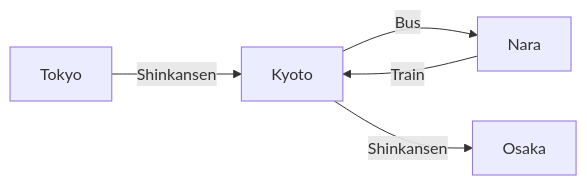
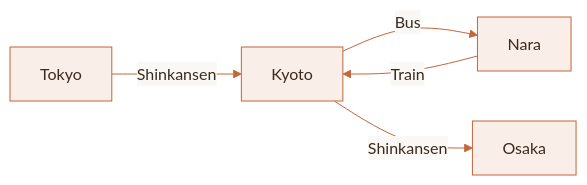
The first of 2 diagrams in 000-trips/style-reference/index.qmd (maxdrohde/travel-blog), drawn with Mermaid before and after one commit. The commit also changed 1 other file, not shown here.

Commit message:
Style mermaid diagrams with site orange + fix comparison slider cropping
- Add orange-themed mermaid config with IBM Plex Sans font
- Add dark mode CSS overrides for mermaid nodes, edges, and labels
- Fix img-comparison-slider images cropping on mobile (object-fit: contain)

````diff
--- a/000-trips/style-reference/index.qmd
+++ b/000-trips/style-reference/index.qmd
@@ -826,7 +826,9 @@
 ```{mermaid}
+%%| fig-width: 5
+%%{init: {'theme': 'base', 'themeVariables': {'primaryColor': '#faeee8', 'primaryBorderColor': '#c4653a', 'primaryTextColor': '#3a2a1f', 'lineColor': '#c4653a', 'edgeLabelBackground': '#faf8f5', 'fontFamily': 'IBM Plex Sans'}}}%%
 graph LR
     A[Tokyo] -->|Shinkansen| B[Kyoto]
     B -->|Bus| C[Nara]
     C -->|Train| B
     B -->|Shinkansen| D[Osaka]
 ```
````
